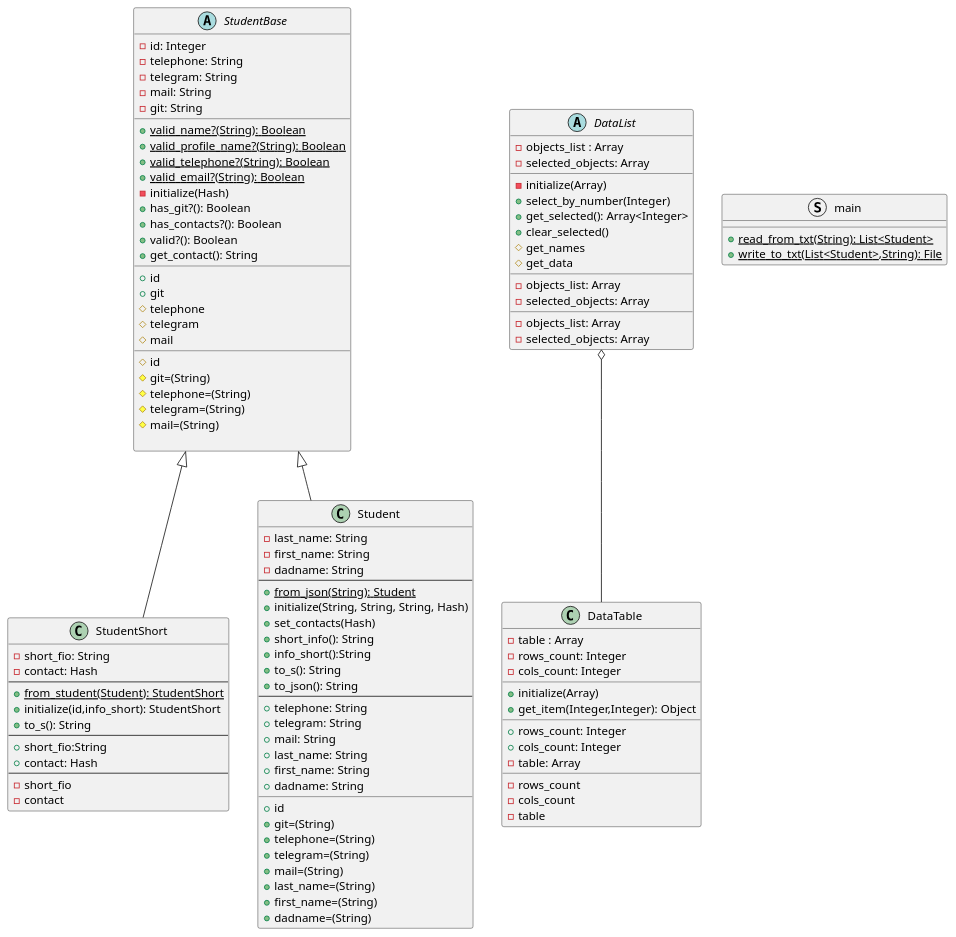
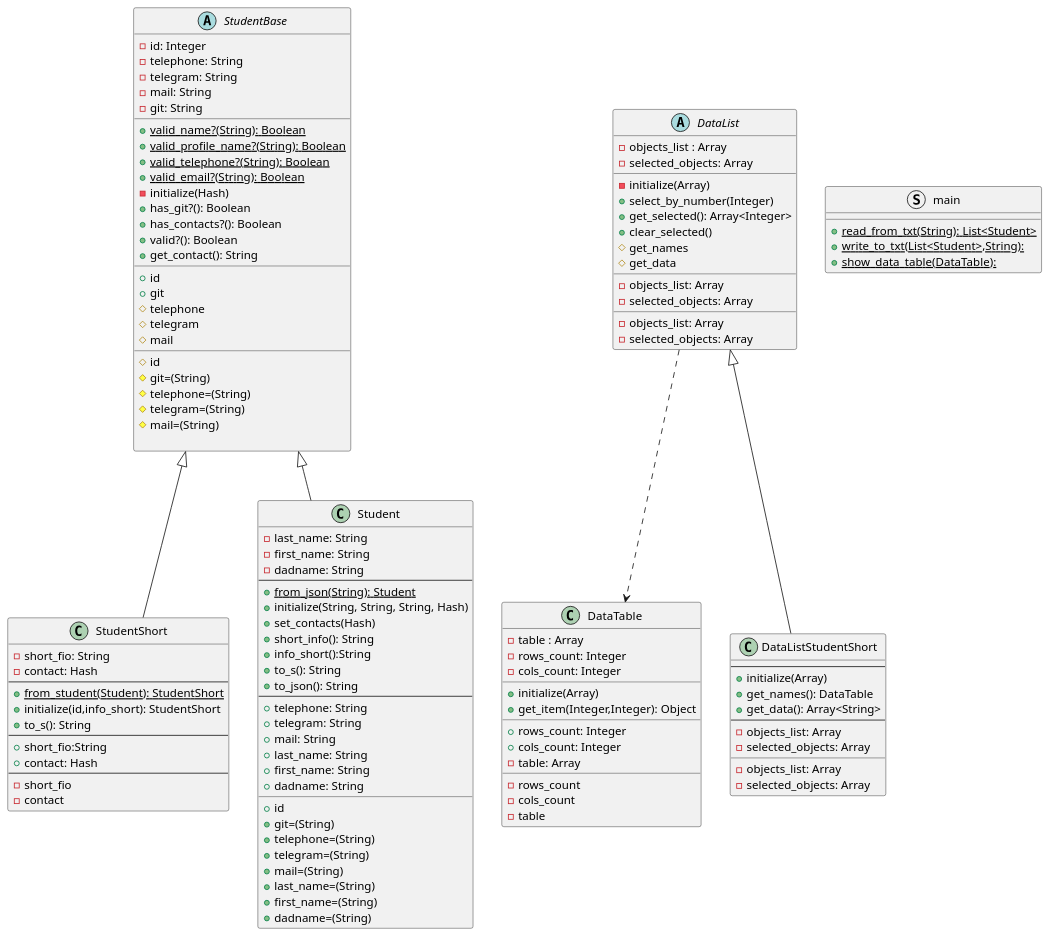
The diagram in LR2/diagram/StudentClassDiagram.puml (KREEAL/RubyLabs), drawn with PlantUML before and after one commit. The commit also changed 5 other files, not shown here.

Commit message:
Реализован класс data_list_student_short со всеми вытекающими. Протестирован в main.rb

```diff
--- a/LR2/diagram/StudentClassDiagram.puml
+++ b/LR2/diagram/StudentClassDiagram.puml
@@ -1,117 +1,134 @@
 @startuml
 'https://plantuml.com/class-diagram
 abstract class StudentBase {
     -id: Integer
     -telephone: String
     -telegram: String
     -mail: String
     -git: String
     __
     +{static}valid_name?(String): Boolean
     +{static}valid_profile_name?(String): Boolean
     +{static}valid_telephone?(String): Boolean
     +{static}valid_email?(String): Boolean
     -initialize(Hash)
     +has_git?(): Boolean
     +has_contacts?(): Boolean
     +valid?(): Boolean
     +get_contact(): String
     __
     +id
     +git
     #telephone
     #telegram
     #mail
     __
     #id
     #git=(String)
     #telephone=(String)
     #telegram=(String)
     #mail=(String)
 
 }
 class StudentShort extends StudentBase {
     -short_fio: String
     -contact: Hash
     --
     +{static}from_student(Student): StudentShort
     +initialize(id,info_short): StudentShort
     +to_s(): String
     --
     +short_fio:String
     +contact: Hash
     --
     -short_fio
     -contact
 }
 class Student extends StudentBase{
     -last_name: String
     -first_name: String
     -dadname: String
     --
     +{static}from_json(String): Student
     +initialize(String, String, String, Hash)
     +set_contacts(Hash)
     +short_info(): String
     +info_short():String
     +to_s(): String
     +to_json(): String
     --
     +telephone: String
     +telegram: String
     +mail: String
     +last_name: String
     +first_name: String
     +dadname: String
     __
     +id
     +git=(String)
     +telephone=(String)
     +telegram=(String)
     +mail=(String)
     +last_name=(String)
     +first_name=(String)
     +dadname=(String)
 }
 
 class DataTable{
     -table : Array
     -rows_count: Integer
     -cols_count: Integer
     __
     +initialize(Array)
     +get_item(Integer,Integer): Object
     __
     +rows_count: Integer
     +cols_count: Integer
     -table: Array
     __
     -rows_count
     -cols_count
     -table
 }
 abstract class DataList{
     -objects_list : Array
     -selected_objects: Array
     __
     -initialize(Array)
     +select_by_number(Integer)
     +get_selected(): Array<Integer>
     +clear_selected()
     #get_names
     #get_data
     __
     -objects_list: Array
     -selected_objects: Array
     __
     -objects_list: Array
     -selected_objects: Array
 }
 
+class DataListStudentShort extends DataList{
+    --
+    +initialize(Array)
+    +get_names(): DataTable
+    +get_data(): Array<String>
+    --
+    -objects_list: Array
+    -selected_objects: Array
+    __
+    -objects_list: Array
+    -selected_objects: Array
+}
+
+
 struct main {
     +{static}read_from_txt(String): List<Student>
-    +{static}write_to_txt(List<Student>,String): File
+    +{static}write_to_txt(List<Student>,String):
+    +{static}show_data_table(DataTable):
 }
 
-DataList o-- DataTable
+
+
+DataList ..> DataTable
 @enduml
```
